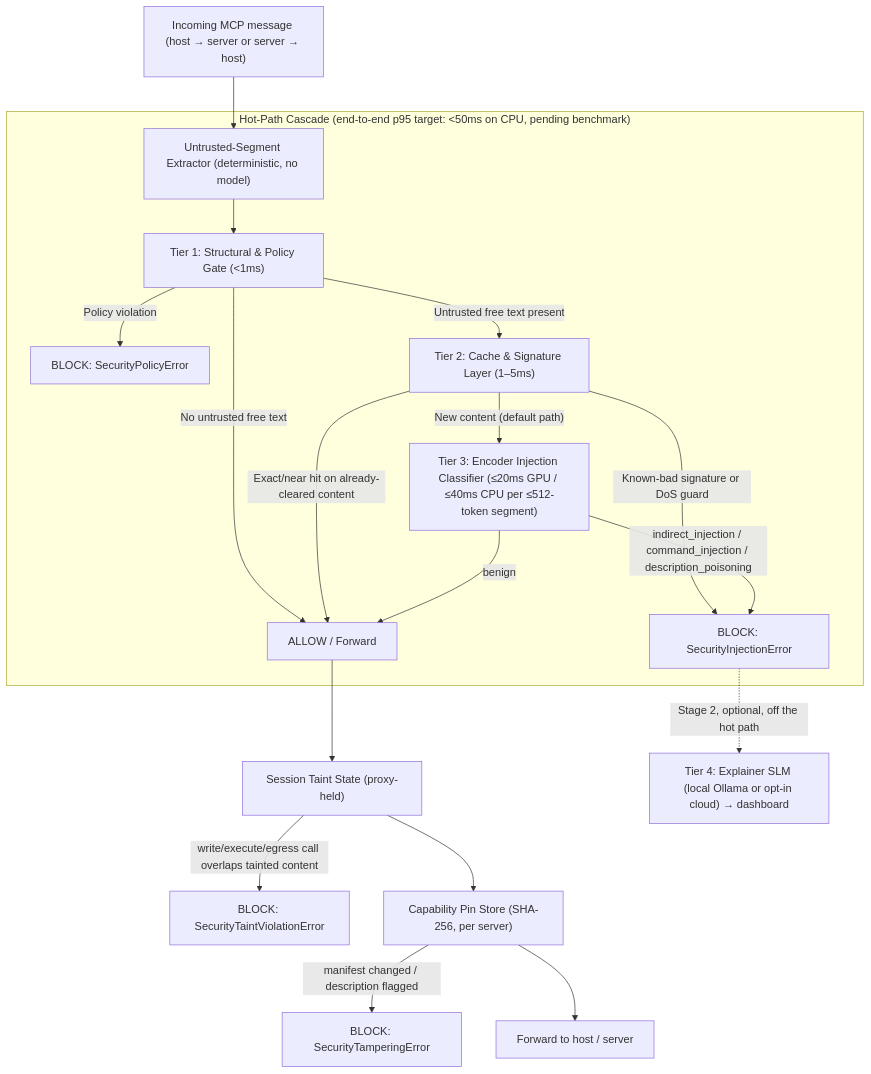
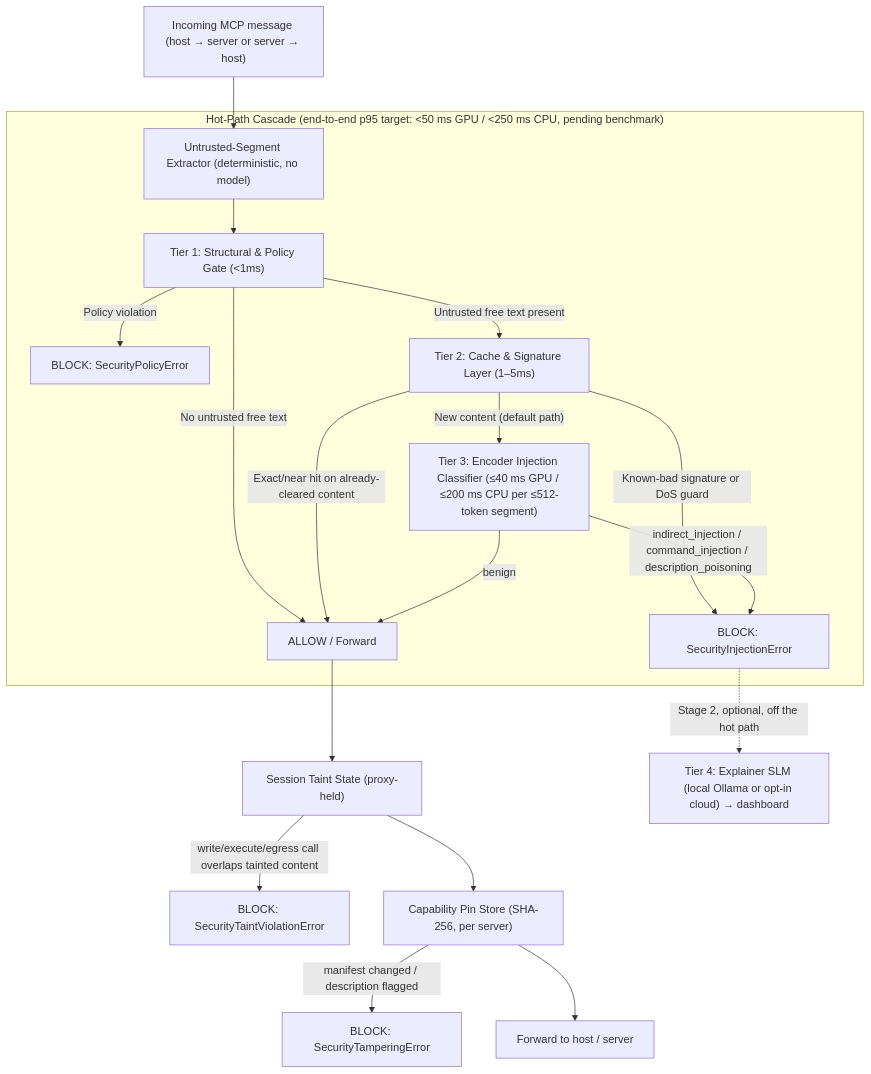
One commit to rishikeshvarma/MCP-Shield changed the diagram in 02 - System Architecture & Technical Implementation.md. Above: the diagram before and after it, drawn with Mermaid. The commit also changed other lines of this file and 13 other files, not shown here.

First line of the commit message:
Fix table rendering in Review-2 content; export diagrams as PNGs

````diff
--- a/02 - System Architecture & Technical Implementation.md
+++ b/02 - System Architecture & Technical Implementation.md
@@ -79,23 +79,23 @@
 ```mermaid
 graph TD
     In["Incoming MCP message (host → server or server → host)"] --> Ext["Untrusted-Segment Extractor (deterministic, no model)"]
 
-    subgraph Cascade["Hot-Path Cascade (end-to-end p95 target: <50ms on CPU, pending benchmark)"]
+    subgraph Cascade["Hot-Path Cascade (end-to-end p95 target: <50 ms GPU / <250 ms CPU, pending benchmark)"]
         Ext --> T1["Tier 1: Structural & Policy Gate (<1ms)"]
         T1 -->|"Policy violation"| Deny1["BLOCK: SecurityPolicyError"]
         T1 -->|"No untrusted free text"| Pass
         T1 -->|"Untrusted free text present"| T2["Tier 2: Cache & Signature Layer (1–5ms)"]
         T2 -->|"Exact/near hit on already-cleared content"| Pass["ALLOW / Forward"]
         T2 -->|"Known-bad signature or DoS guard"| Deny2["BLOCK: SecurityInjectionError"]
-        T2 -->|"New content (default path)"| T3["Tier 3: Encoder Injection Classifier (≤20ms GPU / ≤40ms CPU per ≤512-token segment)"]
+        T2 -->|"New content (default path)"| T3["Tier 3: Encoder Injection Classifier (≤40 ms GPU / ≤200 ms CPU per ≤512-token segment)"]
         T3 -->|"benign"| Pass
         T3 -->|"indirect_injection / command_injection / description_poisoning"| Deny2
     end
 
     Pass --> Taint["Session Taint State (proxy-held)"]
     Taint -->|"write/execute/egress call overlaps tainted content"| Deny3["BLOCK: SecurityTaintViolationError"]
     Taint --> Pin["Capability Pin Store (SHA-256, per server)"]
     Pin -->|"manifest changed / description flagged"| Deny4["BLOCK: SecurityTamperingError"]
     Pin --> Out["Forward to host / server"]
     Deny2 -.->|"Stage 2, optional, off the hot path"| T4["Tier 4: Explainer SLM (local Ollama or opt-in cloud) → dashboard"]
 ```
````
